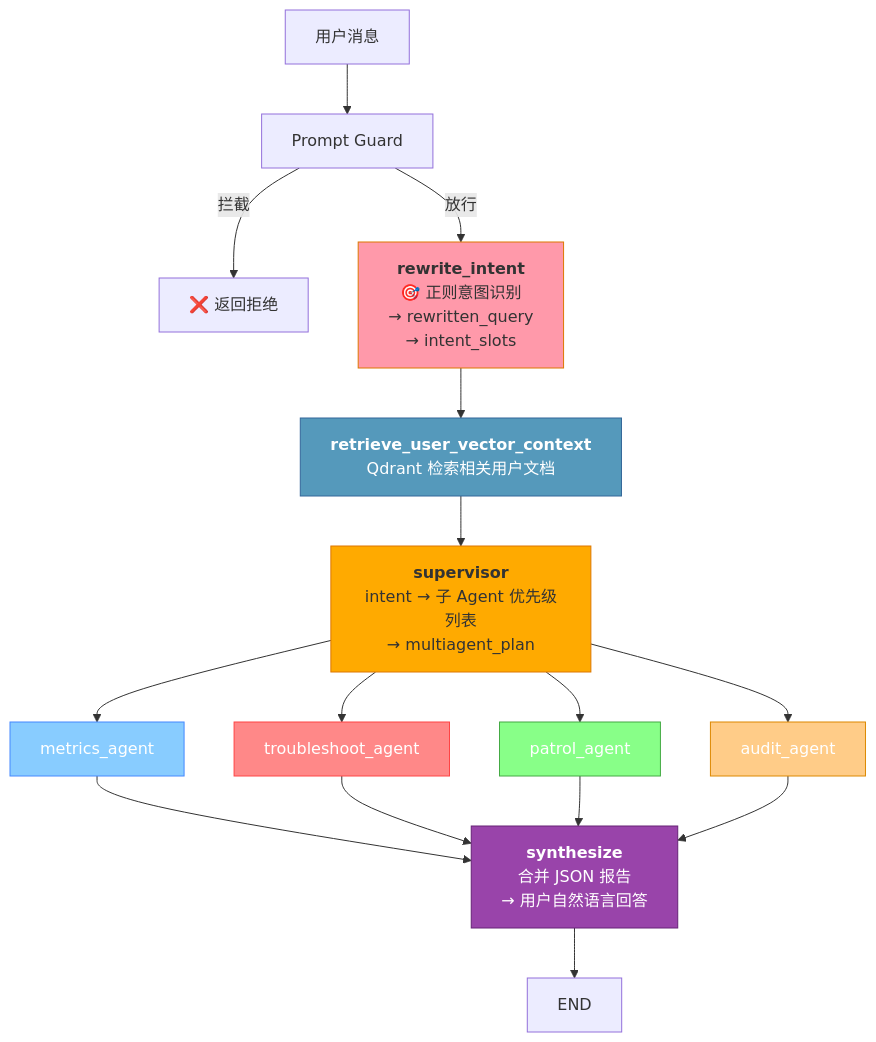
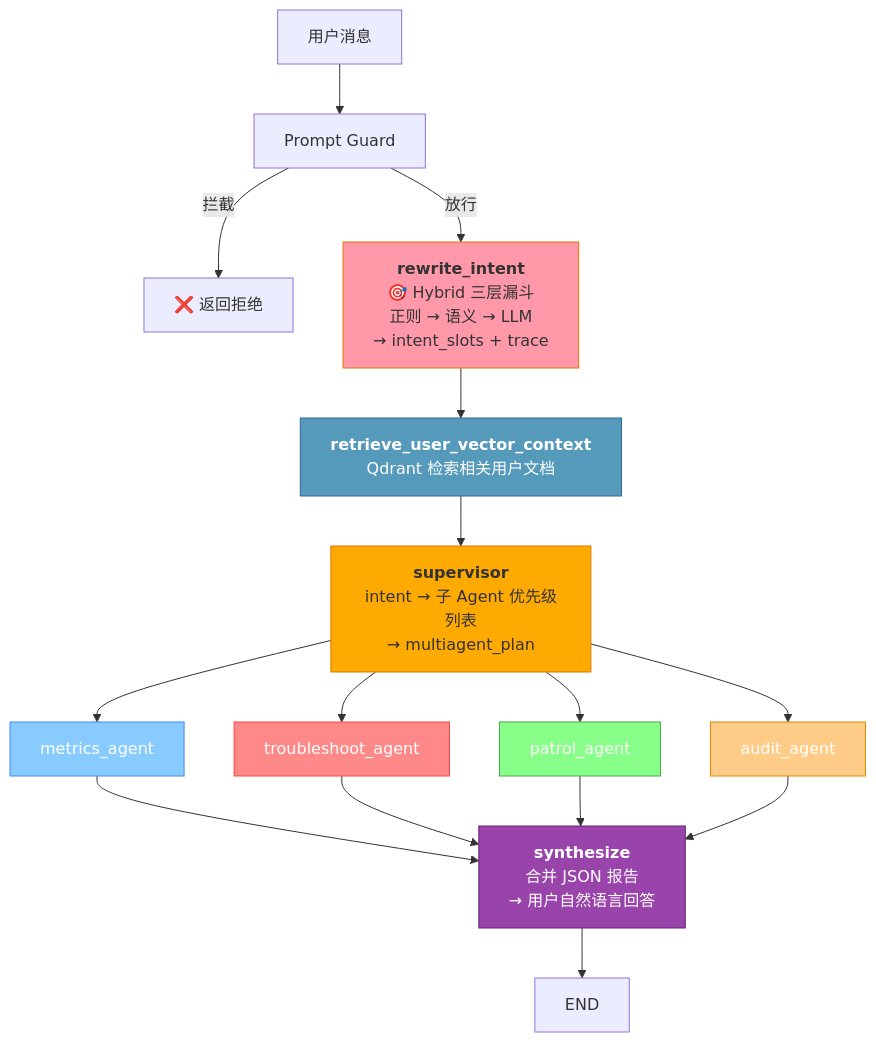
Before and after one commit to YachuanWzh/huamulan-agent: the seventh of 12 diagrams in 路由.md, drawn with Mermaid. The commit also changed other lines of this file and 5 other files, not shown here.

First line of the commit message:
feat(intent-router): 实现 Multi-agent Hybrid 三层意图路由

````diff
--- a/路由.md
+++ b/路由.md
@@ -374,32 +381,32 @@
 ```mermaid
 flowchart TD
     START["用户消息"] --> PG["Prompt Guard"]
     PG -->|拦截| BLOCK["❌ 返回拒绝"]
-    PG -->|放行| RW["<b>rewrite_intent</b><br/>🎯 正则意图识别<br/>→ rewritten_query<br/>→ intent_slots"]
+    PG -->|放行| RW["<b>rewrite_intent</b><br/>🎯 Hybrid 三层漏斗<br/>正则 → 语义 → LLM<br/>→ intent_slots + trace"]
 
     RW --> VEC["<b>retrieve_user_vector_context</b><br/>Qdrant 检索相关用户文档"]
 
     VEC --> SUP["<b>supervisor</b><br/>intent → 子 Agent 优先级列表<br/>→ multiagent_plan"]
 
     SUP --> M["metrics_agent"]
     SUP --> T["troubleshoot_agent"]
     SUP --> P["patrol_agent"]
     SUP --> A["audit_agent"]
 
     M --> SYN
     T --> SYN
     P --> SYN
     A --> SYN
 
     SYN["<b>synthesize</b><br/>合并 JSON 报告<br/>→ 用户自然语言回答"]
     SYN --> END_NODE["END"]
 
     style RW fill:#f9a,stroke:#d70,color:#333
     style SUP fill:#fa0,stroke:#d70,color:#333
     style VEC fill:#59b,stroke:#369,color:#fff
     style SYN fill:#94a,stroke:#627,color:#fff
     style M fill:#8cf,stroke:#48f,color:#fff
     style T fill:#f88,stroke:#f44,color:#fff
     style P fill:#8f8,stroke:#4a4,color:#fff
     style A fill:#fc8,stroke:#d80,color:#fff
 ```
````
